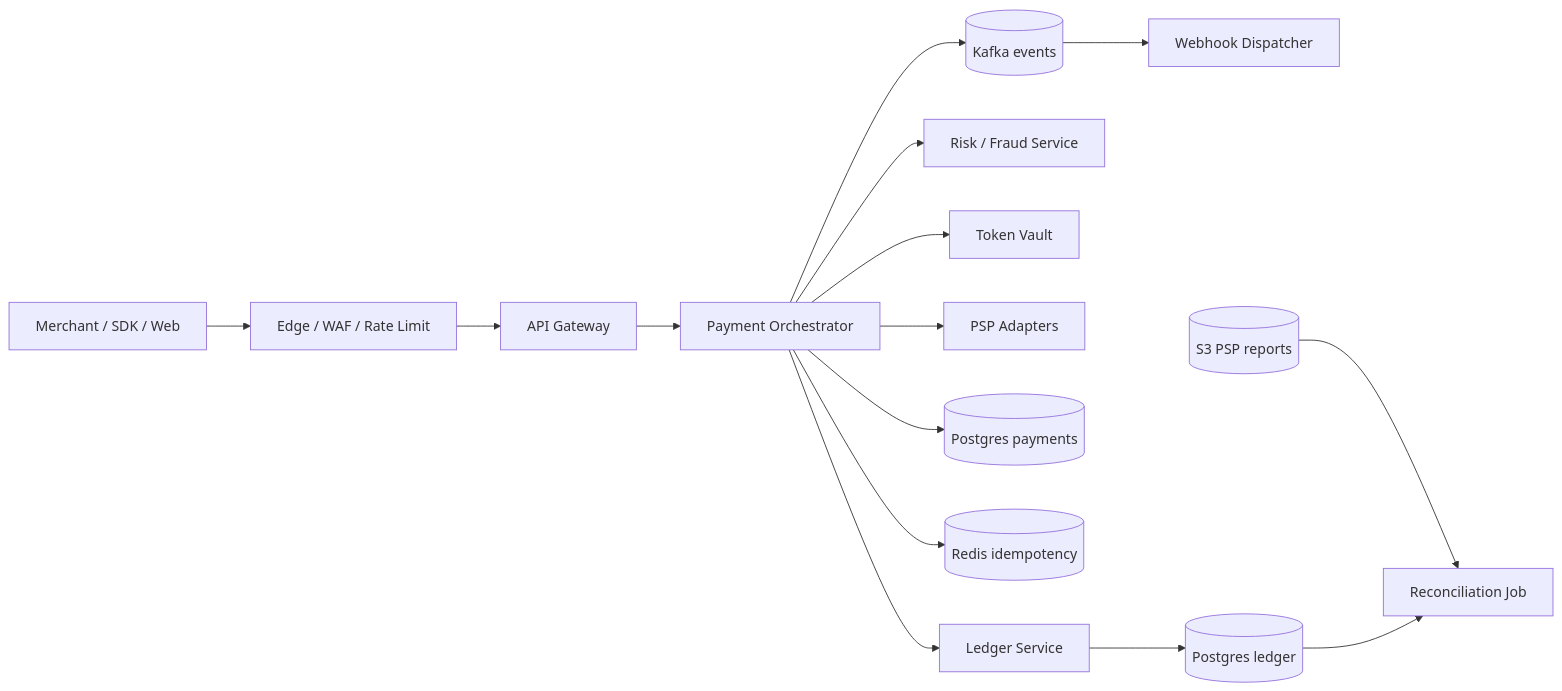
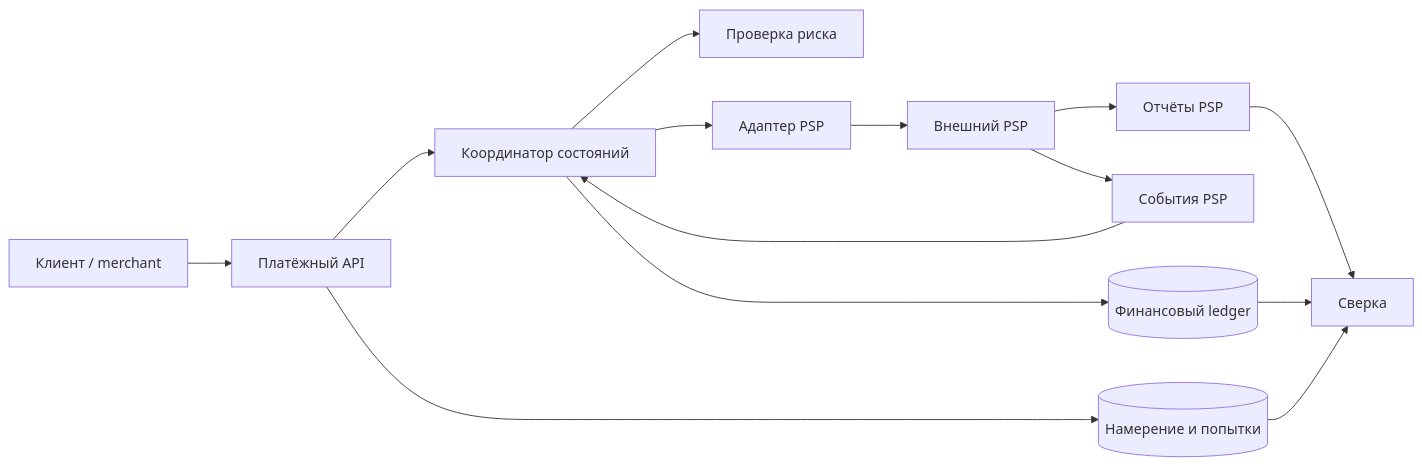
Before and after one commit to akeverus/cheat-sheet: the diagram in cheatsheets/interview/system-design/design-payment-system-interview.md, drawn with Mermaid. The commit also changed other lines of this file and 154 other files, not shown here.

````diff
--- a/cheatsheets/interview/system-design/design-payment-system-interview.md
+++ b/cheatsheets/interview/system-design/design-payment-system-interview.md
@@ -945,30 +471,16 @@
 ```mermaid
 graph LR
-  C[Merchant / SDK / Web]
-  Edge[Edge / WAF / Rate Limit]
-  GW[API Gateway]
-  PO[Payment Orchestrator]
-  Ldg[Ledger Service]
-  Risk[Risk / Fraud Service]
-  Vault[Token Vault]
-  PSP[PSP Adapters]
-  Webhook[Webhook Dispatcher]
-  Recon[Reconciliation Job]
-  DB[(Postgres payments)]
-  LedgerDB[(Postgres ledger)]
-  Redis[(Redis idempotency)]
-  Kafka[(Kafka events)]
-  S3[(S3 PSP reports)]
-  C --> Edge --> GW --> PO
-  PO --> Risk
-  PO --> Vault
-  PO --> PSP
-  PO --> Ldg
-  Ldg --> LedgerDB
-  PO --> DB
-  PO --> Redis
-  PO --> Kafka
-  Kafka --> Webhook
-  S3 --> Recon
-  LedgerDB --> Recon
+  Client[Клиент / merchant] --> API[Платёжный API]
+  API --> State[(Намерение и попытки)]
+  API --> Flow[Координатор состояний]
+  Flow --> Risk[Проверка риска]
+  Flow --> PSP[Адаптер PSP]
+  PSP --> Provider[Внешний PSP]
+  Provider --> Events[События PSP]
+  Events --> Flow
+  Flow --> Ledger[(Финансовый ledger)]
+  Provider --> Reports[Отчёты PSP]
+  Reports --> Recon[Сверка]
+  Ledger --> Recon
+  State --> Recon
 ```
````
